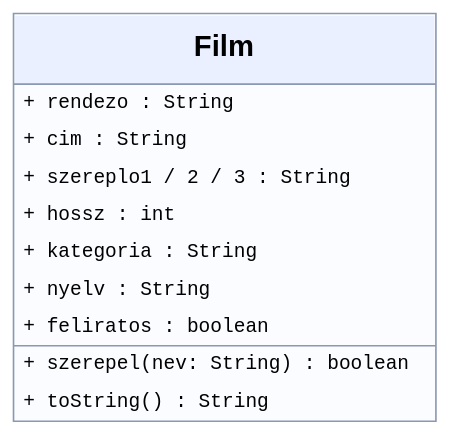
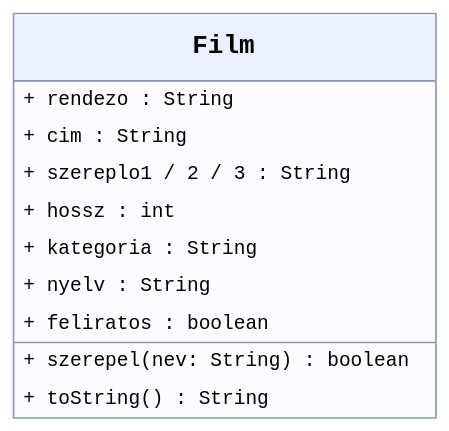
Before and after one commit to edetroll/java-oop: the diagram in content/chapters/02-osztalyok/media/film.dot, drawn with Graphviz. The commit also changed 38 other files, not shown here.

```diff
--- a/content/chapters/02-osztalyok/media/film.dot
+++ b/content/chapters/02-osztalyok/media/film.dot
@@ -1,1 +1,1 @@
-digraph G { graph [bgcolor="transparent",margin=0,pad=0.03]; node [shape=plain]; cl [label=<<TABLE BORDER="1" CELLBORDER="0" CELLSPACING="0" CELLPADDING="3" COLOR="#8a98b1" BGCOLOR="#fafcff"><TR><TD BGCOLOR="#eaf0ff" CELLPADDING="11"><FONT FACE="Arial" POINT-SIZE="18"><B>Film</B></FONT></TD></TR><HR/><TR><TD ALIGN="LEFT" BALIGN="LEFT" CELLPADDING="5"><FONT FACE="monospace" POINT-SIZE="12">+ rendezo : String</FONT></TD></TR><TR><TD ALIGN="LEFT" BALIGN="LEFT" CELLPADDING="5"><FONT FACE="monospace" POINT-SIZE="12">+ cim : String</FONT></TD></TR><TR><TD ALIGN="LEFT" BALIGN="LEFT" CELLPADDING="5"><FONT FACE="monospace" POINT-SIZE="12">+ szereplo1 / 2 / 3 : String</FONT></TD></TR><TR><TD ALIGN="LEFT" BALIGN="LEFT" CELLPADDING="5"><FONT FACE="monospace" POINT-SIZE="12">+ hossz : int</FONT></TD></TR><TR><TD ALIGN="LEFT" BALIGN="LEFT" CELLPADDING="5"><FONT FACE="monospace" POINT-SIZE="12">+ kategoria : String</FONT></TD></TR><TR><TD ALIGN="LEFT" BALIGN="LEFT" CELLPADDING="5"><FONT FACE="monospace" POINT-SIZE="12">+ nyelv : String</FONT></TD></TR><TR><TD ALIGN="LEFT" BALIGN="LEFT" CELLPADDING="5"><FONT FACE="monospace" POINT-SIZE="12">+ feliratos : boolean</FONT></TD></TR><HR/><TR><TD ALIGN="LEFT" BALIGN="LEFT" CELLPADDING="5"><FONT FACE="monospace" POINT-SIZE="12">+ szerepel(nev: String) : boolean</FONT></TD></TR><TR><TD ALIGN="LEFT" BALIGN="LEFT" CELLPADDING="5"><FONT FACE="monospace" POINT-SIZE="12">+ toString() : String</FONT></TD></TR></TABLE>>]; }
+digraph G { graph [bgcolor="transparent",margin=0,pad=0.03]; node [fontname="Liberation Mono",fontsize=12,shape=plain]; cl [label=<<TABLE BORDER="1" CELLBORDER="0" CELLSPACING="0" CELLPADDING="3" COLOR="#8a98b1" BGCOLOR="#fafcff"><TR><TD BGCOLOR="#eaf0ff" CELLPADDING="11"><FONT FACE="Liberation Mono" POINT-SIZE="16"><B>Film</B></FONT></TD></TR><HR/><TR><TD ALIGN="LEFT" BALIGN="LEFT" CELLPADDING="5"><FONT FACE="Liberation Mono" POINT-SIZE="12">+ rendezo : String</FONT></TD></TR><TR><TD ALIGN="LEFT" BALIGN="LEFT" CELLPADDING="5"><FONT FACE="Liberation Mono" POINT-SIZE="12">+ cim : String</FONT></TD></TR><TR><TD ALIGN="LEFT" BALIGN="LEFT" CELLPADDING="5"><FONT FACE="Liberation Mono" POINT-SIZE="12">+ szereplo1 / 2 / 3 : String</FONT></TD></TR><TR><TD ALIGN="LEFT" BALIGN="LEFT" CELLPADDING="5"><FONT FACE="Liberation Mono" POINT-SIZE="12">+ hossz : int</FONT></TD></TR><TR><TD ALIGN="LEFT" BALIGN="LEFT" CELLPADDING="5"><FONT FACE="Liberation Mono" POINT-SIZE="12">+ kategoria : String</FONT></TD></TR><TR><TD ALIGN="LEFT" BALIGN="LEFT" CELLPADDING="5"><FONT FACE="Liberation Mono" POINT-SIZE="12">+ nyelv : String</FONT></TD></TR><TR><TD ALIGN="LEFT" BALIGN="LEFT" CELLPADDING="5"><FONT FACE="Liberation Mono" POINT-SIZE="12">+ feliratos : boolean</FONT></TD></TR><HR/><TR><TD ALIGN="LEFT" BALIGN="LEFT" CELLPADDING="5"><FONT FACE="Liberation Mono" POINT-SIZE="12">+ szerepel(nev: String) : boolean</FONT></TD></TR><TR><TD ALIGN="LEFT" BALIGN="LEFT" CELLPADDING="5"><FONT FACE="Liberation Mono" POINT-SIZE="12">+ toString() : String</FONT></TD></TR></TABLE>>]; }
```
